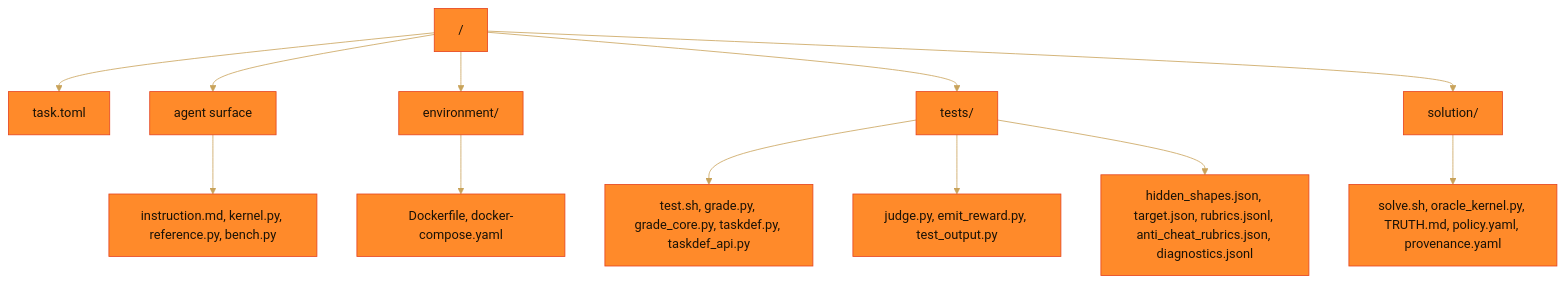
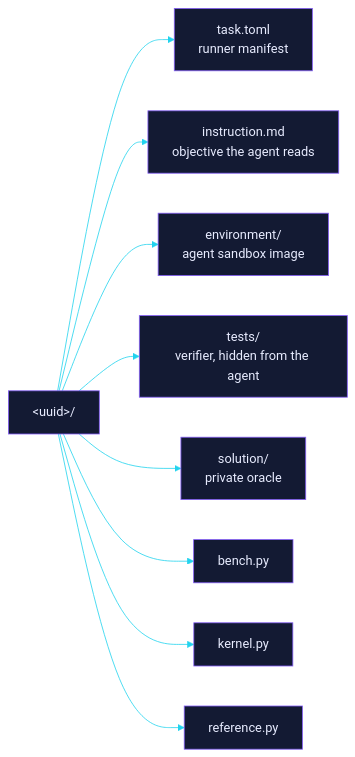
One commit to EtharaOrion/hephaestus-samples changed the first of 2 diagrams in README.md. Above: the diagram before and after it, drawn with Mermaid. The commit also changed other lines of this file and 1 other file, not shown here.

````diff
--- a/README.md
+++ b/README.md
@@ -57,15 +109,13 @@
 ```mermaid
-%%{init: {"theme":"base","themeVariables":{"primaryColor":"#ff8a2a","lineColor":"#c9a35a","primaryTextColor":"#1a1206","primaryBorderColor":"#e5431f","fontFamily":"ui-sans-serif"}}}%%
-flowchart TD
-    root["<uuid>/"] --> toml["task.toml"]
-    root --> agentsurf["agent surface"]
-    root --> env["environment/"]
-    root --> tests["tests/"]
-    root --> sol["solution/"]
-    agentsurf --> af["instruction.md, kernel.py, reference.py, bench.py"]
-    env --> ef["Dockerfile, docker-compose.yaml"]
-    tests --> tv["test.sh, grade.py, grade_core.py, taskdef.py, taskdef_api.py"]
-    tests --> tr["judge.py, emit_reward.py, test_output.py"]
-    tests --> tj["hidden_shapes.json, target.json, rubrics.jsonl, anti_cheat_rubrics.json, diagnostics.jsonl"]
-    sol --> sf["solve.sh, oracle_kernel.py, TRUTH.md, policy.yaml, provenance.yaml"]
+%%{init: {"theme":"base","themeVariables":{"primaryColor":"#131a33","primaryTextColor":"#e8ecff","primaryBorderColor":"#845EF7","lineColor":"#22d3ee","fontFamily":"monospace"}}}%%
+flowchart LR
+    bundle["&lt;uuid&gt;/"]
+    bundle --> n0["task.toml<br/>runner manifest"]
+    bundle --> n1["instruction.md<br/>objective the agent reads"]
+    bundle --> n2["environment/<br/>agent sandbox image"]
+    bundle --> n3["tests/<br/>verifier, hidden from the agent"]
+    bundle --> n4["solution/<br/>private oracle"]
+    bundle --> n5["bench.py"]
+    bundle --> n6["kernel.py"]
+    bundle --> n7["reference.py"]
 ```
````
